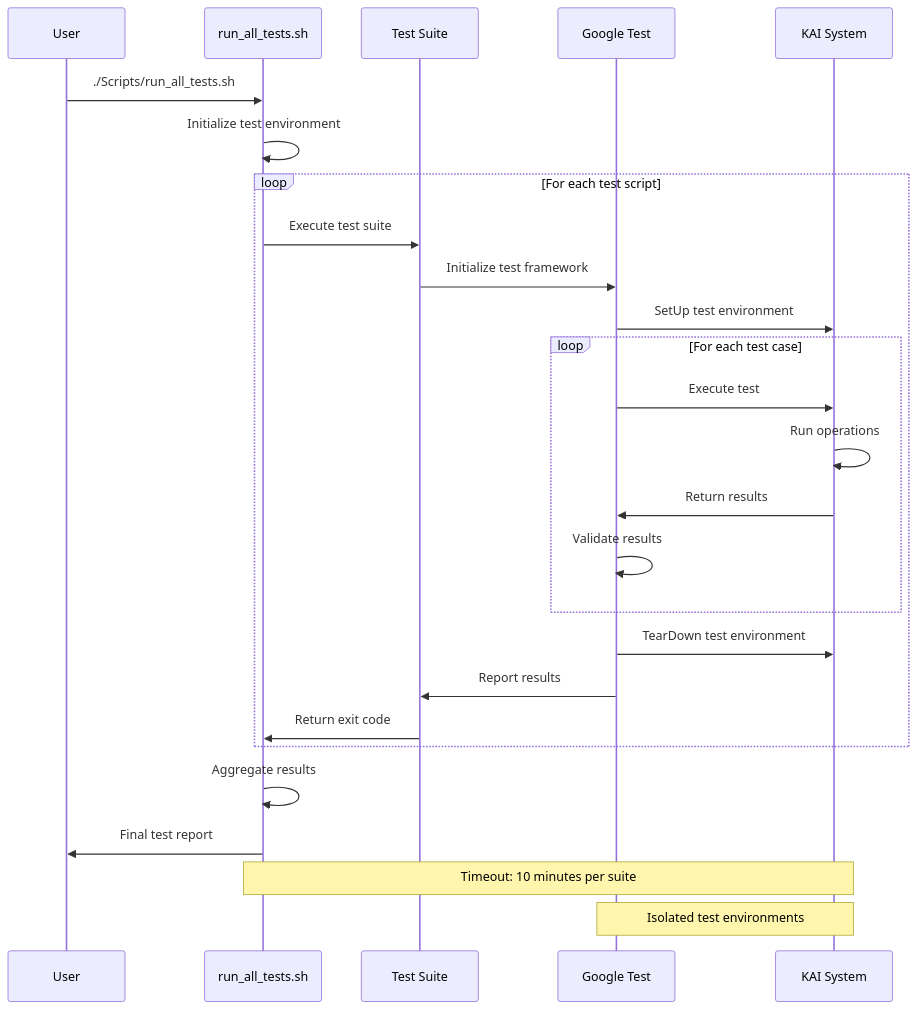
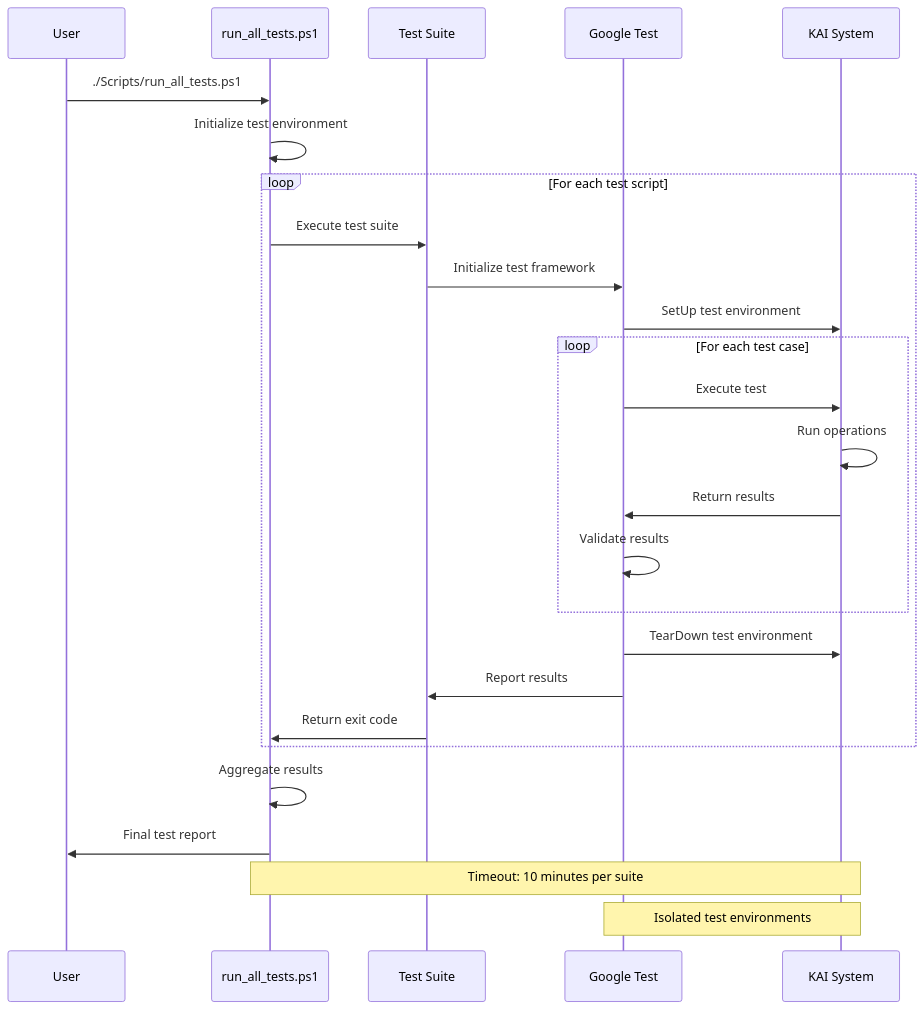
One commit to cschladetsch/CppKAI changed the third of 8 diagrams in resources/diagrams/test-system-architecture.md. Above: the diagram before and after it, drawn with Mermaid. The commit also changed other lines of this file and 76 other files, not shown here.

````diff
--- a/resources/diagrams/test-system-architecture.md
+++ b/resources/diagrams/test-system-architecture.md
@@ -128,34 +128,34 @@
 ```mermaid
 sequenceDiagram
     participant User
-    participant Runner as run_all_tests.sh
+    participant Runner as run_all_tests.ps1
     participant TestSuite as Test Suite
     participant GTest as Google Test
     participant System as KAI System
     
-    User->>Runner: ./Scripts/run_all_tests.sh
+    User->>Runner: ./Scripts/run_all_tests.ps1
     Runner->>Runner: Initialize test environment
     
     loop For each test script
         Runner->>TestSuite: Execute test suite
         TestSuite->>GTest: Initialize test framework
         GTest->>System: SetUp test environment
         
         loop For each test case
             GTest->>System: Execute test
             System->>System: Run operations
             System->>GTest: Return results
             GTest->>GTest: Validate results
         end
         
         GTest->>System: TearDown test environment
         GTest->>TestSuite: Report results
         TestSuite->>Runner: Return exit code
     end
     
     Runner->>Runner: Aggregate results
     Runner->>User: Final test report
     
     Note over Runner,System: Timeout: 10 minutes per suite
     Note over GTest,System: Isolated test environments
 ```
````
